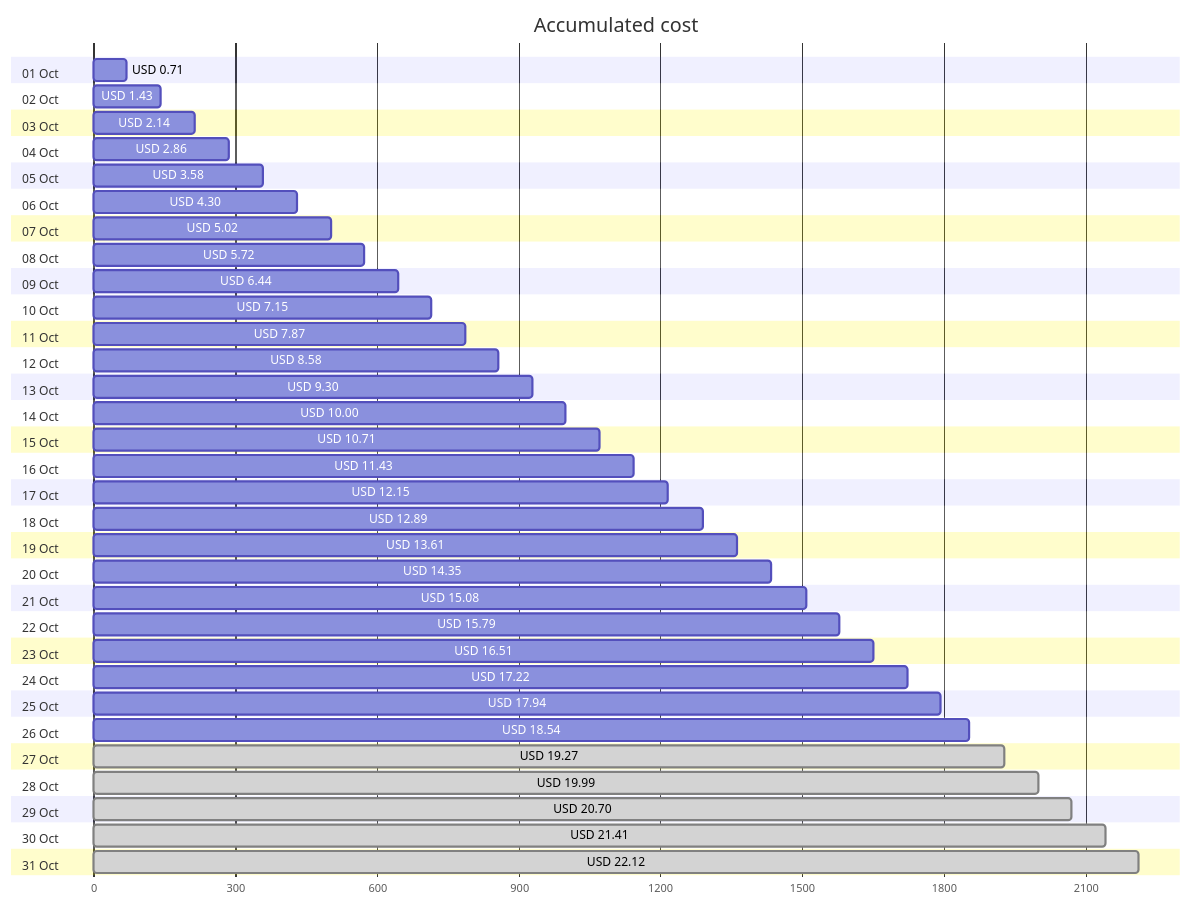
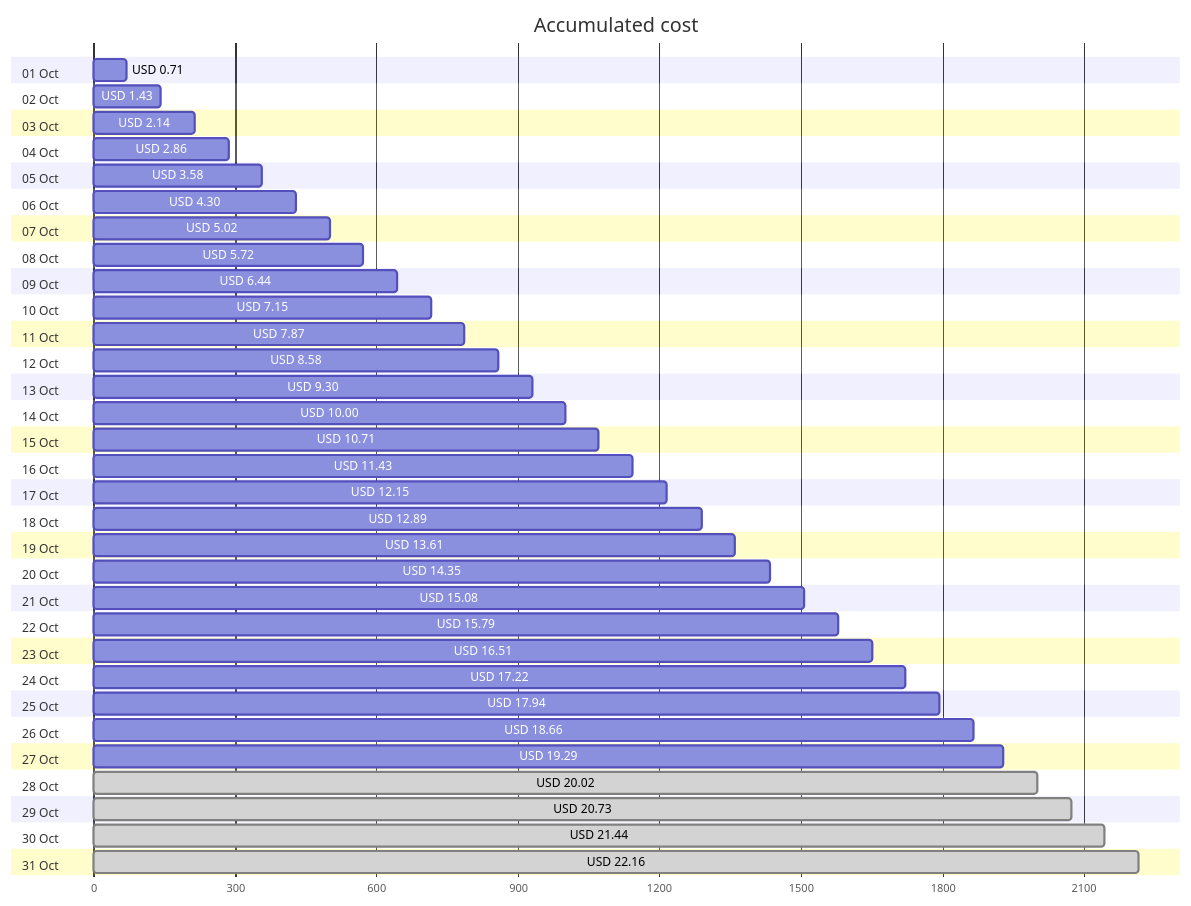
Before and after one commit to jpfulton/azure-personal-reports: the first of 4 diagrams in cost-reports/personal-network/backup-server-data-disk.md, drawn with Mermaid. The commit also changed other lines of this file and 8 other files, not shown here.

````diff
--- a/cost-reports/personal-network/backup-server-data-disk.md
+++ b/cost-reports/personal-network/backup-server-data-disk.md
@@ -20,68 +20,68 @@
 ```mermaid
 gantt
    title Accumulated cost
    dateFormat  X
    axisFormat %s
    section 01 Oct
    USD 0.71 :0, 71
    section 02 Oct
    USD 1.43 :0, 143
    section 03 Oct
    USD 2.14 :0, 214
    section 04 Oct
    USD 2.86 :0, 286
    section 05 Oct
    USD 3.58 :0, 358
    section 06 Oct
    USD 4.30 :0, 430
    section 07 Oct
    USD 5.02 :0, 502
    section 08 Oct
    USD 5.72 :0, 572
    section 09 Oct
    USD 6.44 :0, 644
    section 10 Oct
    USD 7.15 :0, 715
    section 11 Oct
    USD 7.87 :0, 787
    section 12 Oct
    USD 8.58 :0, 858
    section 13 Oct
    USD 9.30 :0, 930
    section 14 Oct
    USD 10.00 :0, 1000
    section 15 Oct
    USD 10.71 :0, 1071
    section 16 Oct
    USD 11.43 :0, 1143
    section 17 Oct
    USD 12.15 :0, 1215
    section 18 Oct
    USD 12.89 :0, 1289
    section 19 Oct
    USD 13.61 :0, 1361
    section 20 Oct
    USD 14.35 :0, 1435
    section 21 Oct
    USD 15.08 :0, 1508
    section 22 Oct
    USD 15.79 :0, 1579
    section 23 Oct
    USD 16.51 :0, 1651
    section 24 Oct
    USD 17.22 :0, 1722
    section 25 Oct
    USD 17.94 :0, 1794
    section 26 Oct
-   USD 18.54 :0, 1854
+   USD 18.66 :0, 1866
    section 27 Oct
-   USD 19.27 : done, 0, 1927
+   USD 19.29 :0, 1929
    section 28 Oct
-   USD 19.99 : done, 0, 1999
+   USD 20.02 : done, 0, 2002
    section 29 Oct
-   USD 20.70 : done, 0, 2070
+   USD 20.73 : done, 0, 2073
    section 30 Oct
-   USD 21.41 : done, 0, 2141
+   USD 21.44 : done, 0, 2144
    section 31 Oct
-   USD 22.12 : done, 0, 2212
+   USD 22.16 : done, 0, 2216
 ```
````
